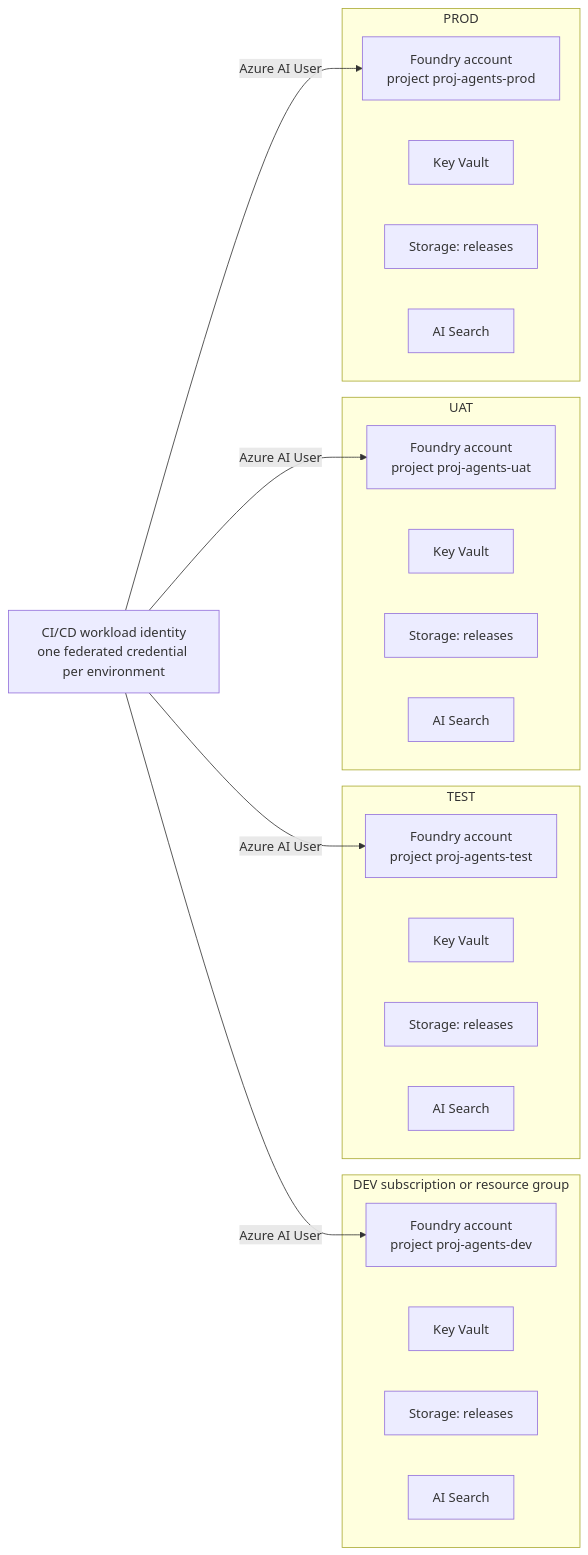
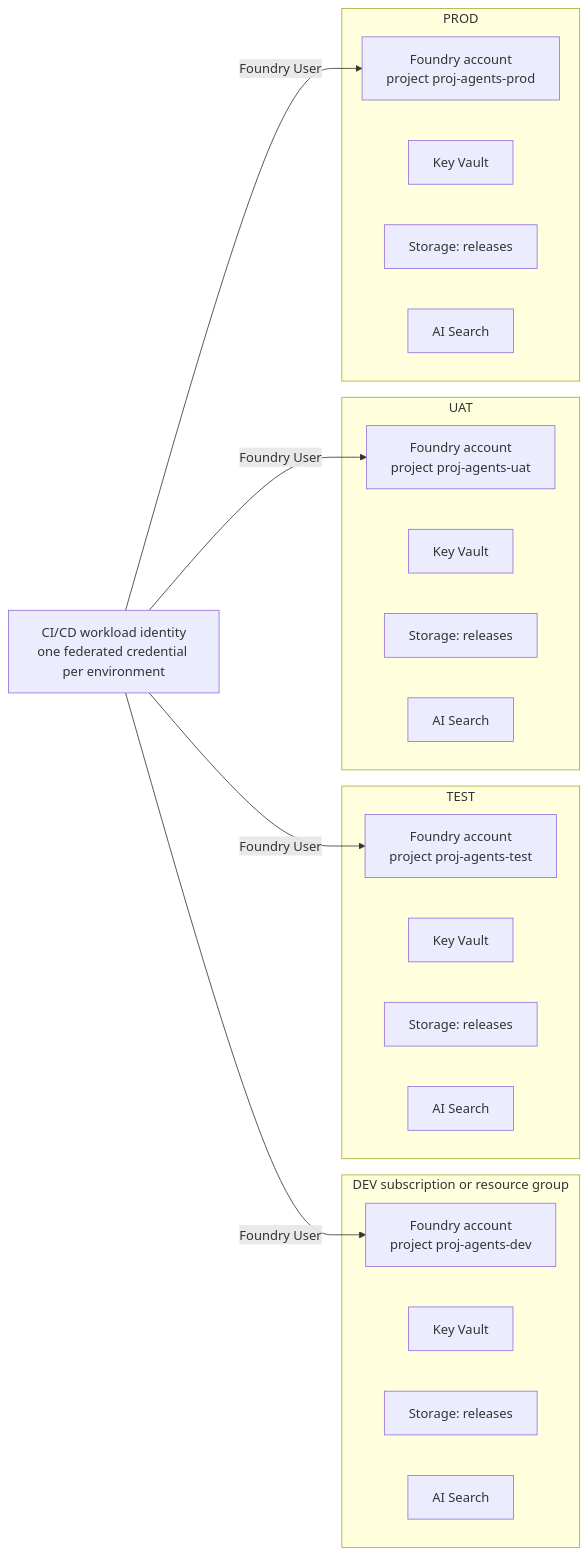
Before and after one commit to rob-mckenna/foundry-prompt-agent-cicd-accelerator: the second of 7 diagrams in docs/architecture.md, drawn with Mermaid. The commit also changed other lines of this file and 11 other files, not shown here.

````diff
--- a/docs/architecture.md
+++ b/docs/architecture.md
@@ -80,33 +80,33 @@
 ```mermaid
 flowchart LR
     subgraph DEV["DEV subscription or resource group"]
         DA["Foundry account<br/>project proj-agents-dev"]
         DK["Key Vault"]
         DS["Storage: releases"]
         DSE["AI Search"]
     end
     subgraph TEST["TEST"]
         TA["Foundry account<br/>project proj-agents-test"]
         TK["Key Vault"]
         TS["Storage: releases"]
         TSE["AI Search"]
     end
     subgraph UAT["UAT"]
         UA["Foundry account<br/>project proj-agents-uat"]
         UK["Key Vault"]
         US["Storage: releases"]
         USE["AI Search"]
     end
     subgraph PROD["PROD"]
         PA["Foundry account<br/>project proj-agents-prod"]
         PK["Key Vault"]
         PS["Storage: releases"]
         PSE["AI Search"]
     end
 
     CICD["CI/CD workload identity<br/>one federated credential per environment"]
-    CICD -->|Azure AI User| DA
-    CICD -->|Azure AI User| TA
-    CICD -->|Azure AI User| UA
-    CICD -->|Azure AI User| PA
+    CICD -->|Foundry User| DA
+    CICD -->|Foundry User| TA
+    CICD -->|Foundry User| UA
+    CICD -->|Foundry User| PA
 ```
````
